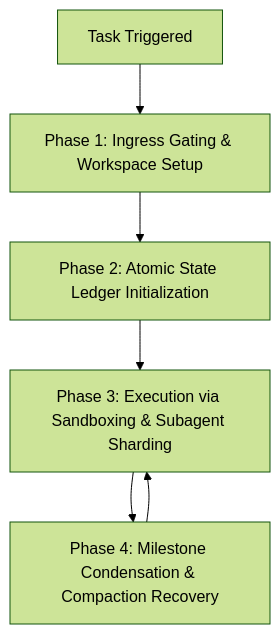
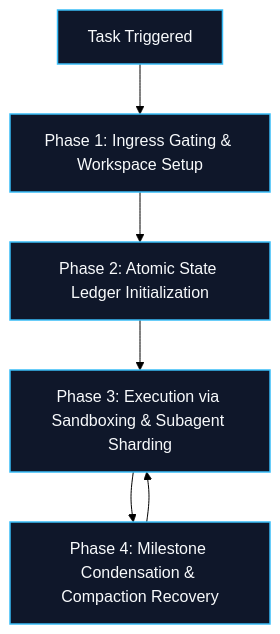
The diagram in skills/leanctx/SKILL.md (akshayskhurd/agent-skills), drawn with Mermaid (forest theme) before and after one commit. The commit also changed 2 other files, not shown here.

Commit message:
docs(leanctx): enhance Mermaid flowcharts for native markdown preview rendering

````diff
--- a/skills/leanctx/SKILL.md
+++ b/skills/leanctx/SKILL.md
@@ -75,8 +75,11 @@
 ```mermaid
 flowchart TD
     A["Task Triggered"] --> B["Phase 1: Ingress Gating & Workspace Setup"]
     B --> C["Phase 2: Atomic State Ledger Initialization"]
     C --> D["Phase 3: Execution via Sandboxing & Subagent Sharding"]
     D --> E["Phase 4: Milestone Condensation & Compaction Recovery"]
     E --> D
+
+    classDef phase fill:#0f172a,stroke:#38bdf8,stroke-width:1.5px,color:#f8fafc;
+    class A,B,C,D,E phase;
 ```
````
